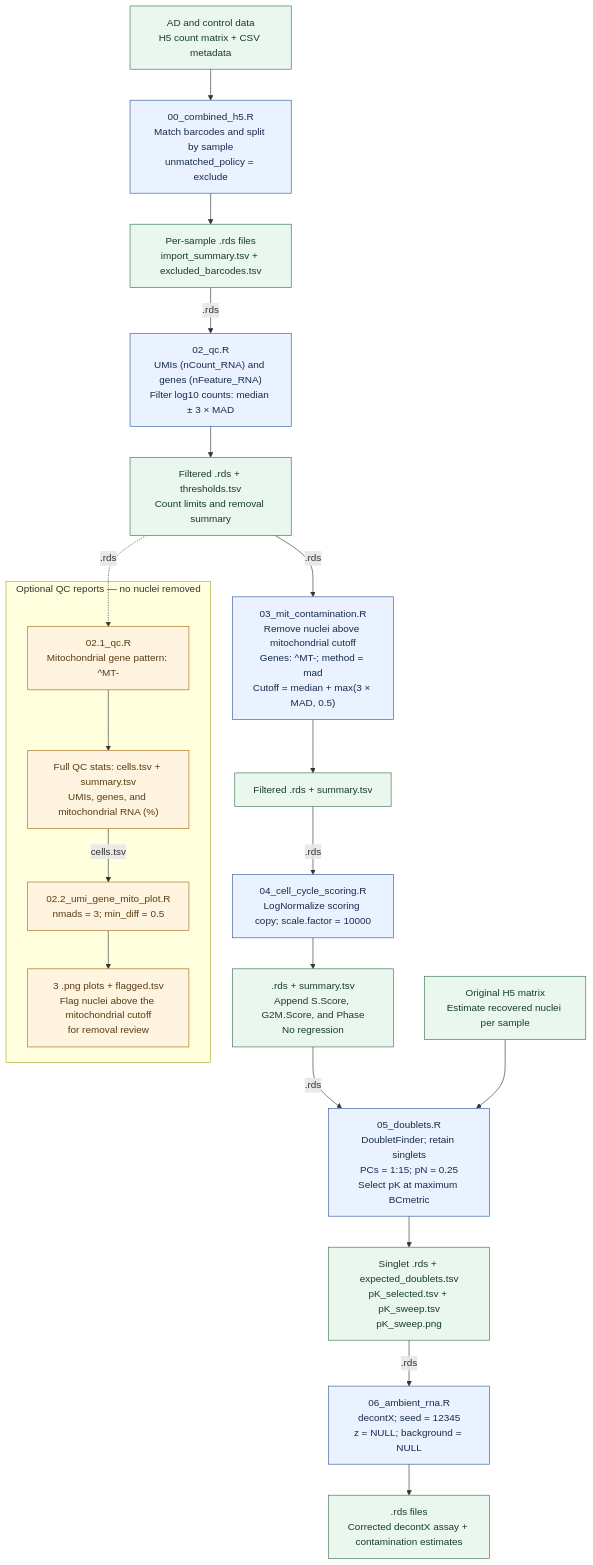
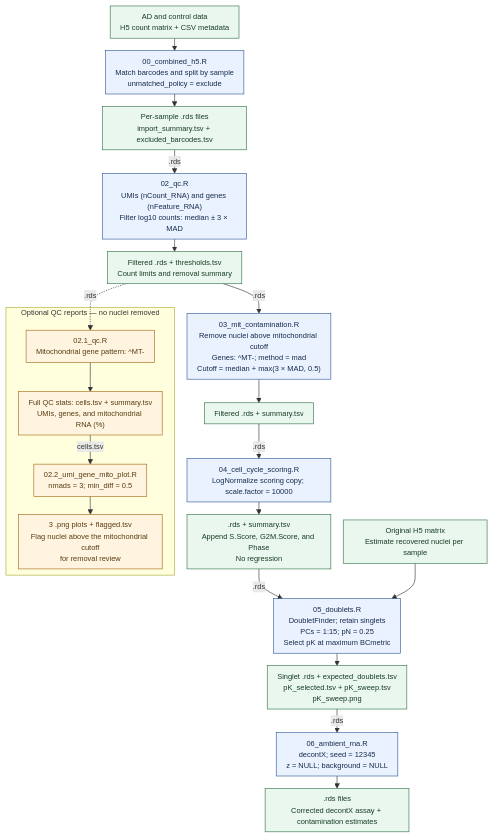
The diagram in README.md (bryanlear/snRNAseq-R-pipeline), drawn with Mermaid before and after one commit. The commit also changed 8 other files, not shown here.

````diff
--- a/README.md
+++ b/README.md
@@ -7,42 +7,53 @@
 ```mermaid
+---
+config:
+  themeVariables:
+    fontSize: 12px
+  flowchart:
+    nodeSpacing: 20
+    rankSpacing: 20
+    padding: 8
+    diagramPadding: 8
+---
+
 flowchart TB
     INPUT["AD and control data<br/>H5 count matrix + CSV metadata"]
     IMPORT["00_combined_h5.R<br/>Match barcodes and split by sample<br/>unmatched_policy = exclude"]
     IMPORT_OUT["Per-sample .rds files<br/>import_summary.tsv + excluded_barcodes.tsv"]
     QC["02_qc.R<br/>UMIs (nCount_RNA) and genes (nFeature_RNA)<br/>Filter log10 counts: median ± 3 × MAD"]
     QC_OUT["Filtered .rds + thresholds.tsv<br/>Count limits and removal summary"]
     MITO["03_mit_contamination.R<br/>Remove nuclei above mitochondrial cutoff<br/>Genes: ^MT-; method = mad<br/>Cutoff = median + max(3 × MAD, 0.5)"]
     MITO_OUT["Filtered .rds + summary.tsv"]
     CYCLE["04_cell_cycle_scoring.R<br/>LogNormalize scoring copy; scale.factor = 10000"]
     CYCLE_OUT[".rds + summary.tsv<br/>Append S.Score, G2M.Score, and Phase<br/>No regression"]
     DOUBLETS["05_doublets.R<br/>DoubletFinder; retain singlets<br/>PCs = 1:15; pN = 0.25<br/>Select pK at maximum BCmetric"]
     DOUBLETS_OUT["Singlet .rds + expected_doublets.tsv<br/>pK_selected.tsv + pK_sweep.tsv<br/>pK_sweep.png"]
     AMBIENT["06_ambient_rna.R<br/>decontX; seed = 12345<br/>z = NULL; background = NULL"]
     FINAL[".rds files<br/>Corrected decontX assay + contamination estimates"]
 
     INPUT --> IMPORT --> IMPORT_OUT
     IMPORT_OUT -->|.rds| QC --> QC_OUT
     QC_OUT -->|.rds| MITO --> MITO_OUT
     MITO_OUT -->|.rds| CYCLE --> CYCLE_OUT
     CYCLE_OUT -->|.rds| DOUBLETS --> DOUBLETS_OUT
     DOUBLETS_OUT -->|.rds| AMBIENT --> FINAL
 
     subgraph REPORTS["Optional QC reports — no nuclei removed"]
         QC_STATS["02.1_qc.R<br/>Mitochondrial gene pattern: ^MT-"]
         STATS_OUT["Full QC stats: cells.tsv + summary.tsv<br/>UMIs, genes, and mitochondrial RNA (%)"]
         QC_PLOTS["02.2_umi_gene_mito_plot.R<br/>nmads = 3; min_diff = 0.5"]
         PLOTS_OUT["3 .png plots + flagged.tsv<br/>Flag nuclei above the mitochondrial cutoff<br/>for removal review"]
         QC_STATS --> STATS_OUT
         STATS_OUT -->|cells.tsv| QC_PLOTS --> PLOTS_OUT
     end
 
     QC_OUT -.->|.rds| QC_STATS
     H5["Original H5 matrix<br/>Estimate recovered nuclei per sample"] --> DOUBLETS
 
     classDef process fill:#eaf2ff,stroke:#315a99,color:#172b4d;
     classDef data fill:#eaf7ee,stroke:#34734a,color:#173d25;
     classDef report fill:#fff4df,stroke:#a46b16,color:#583c13;
     class IMPORT,QC,MITO,CYCLE,DOUBLETS,AMBIENT process;
     class INPUT,IMPORT_OUT,QC_OUT,MITO_OUT,CYCLE_OUT,DOUBLETS_OUT,FINAL,H5 data;
     class QC_STATS,STATS_OUT,QC_PLOTS,PLOTS_OUT report;
 ```
````
